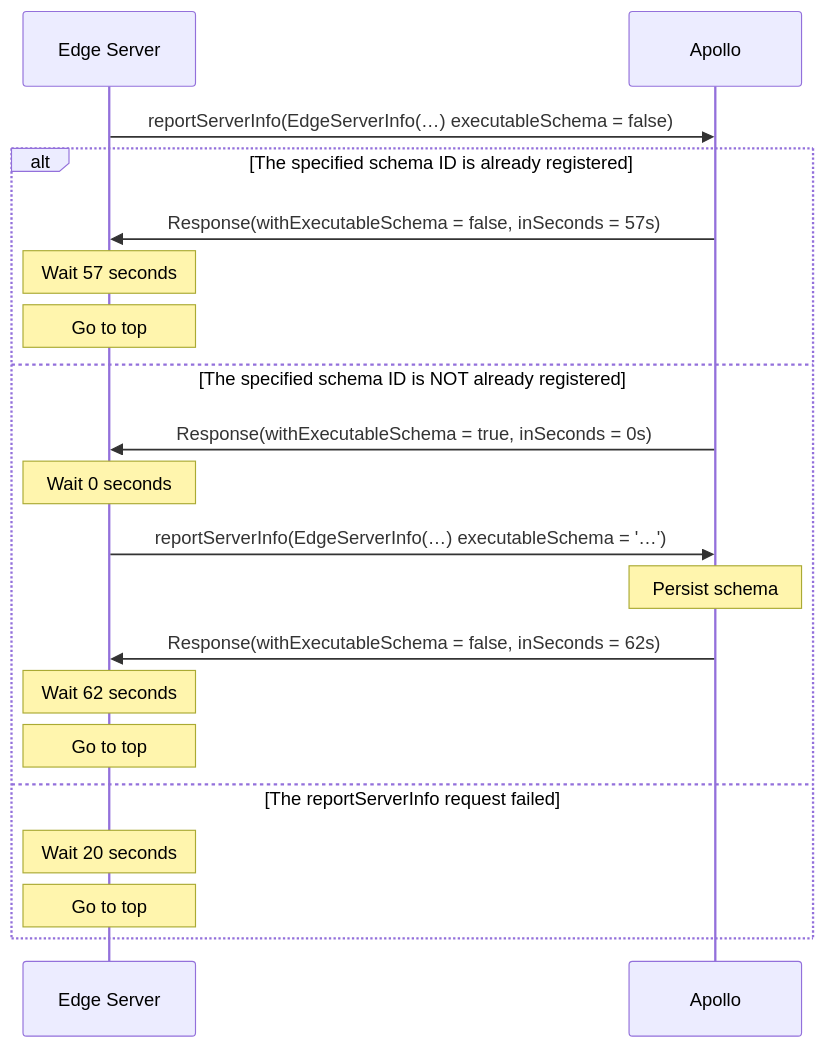
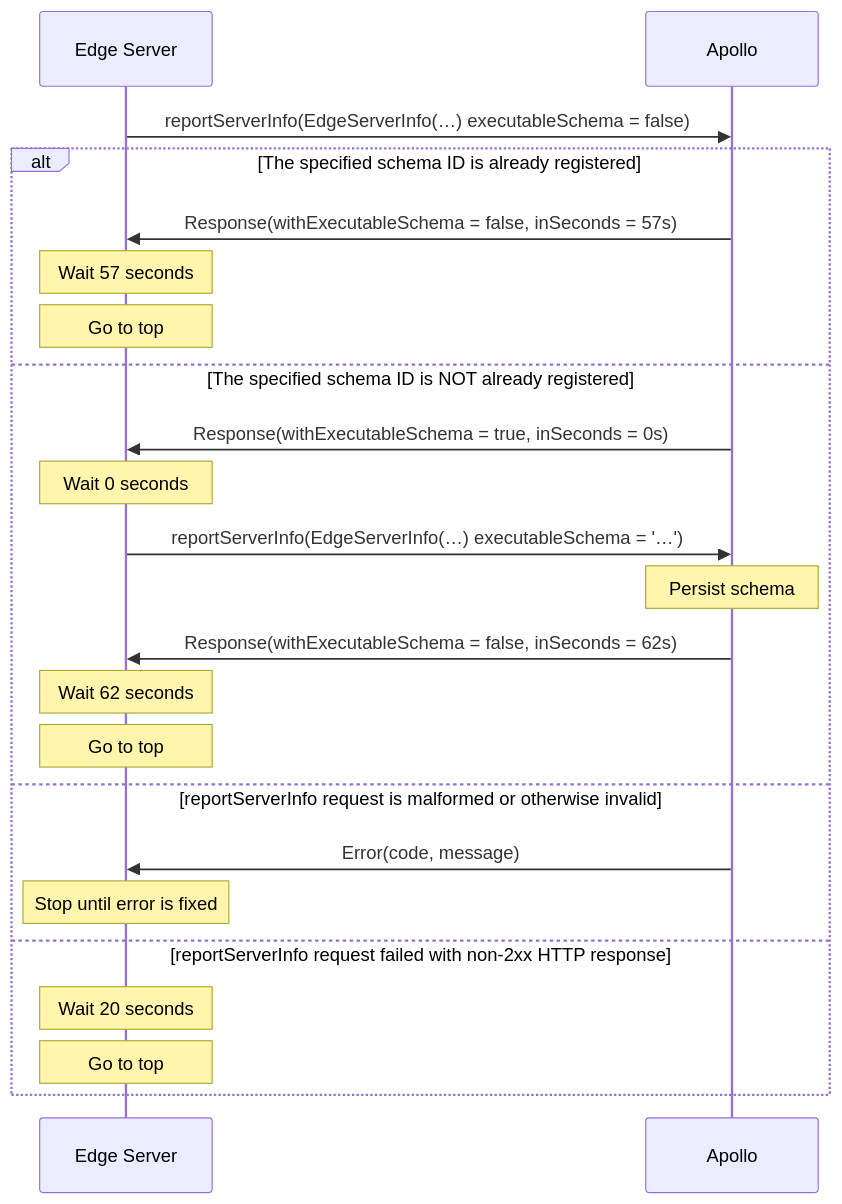
Before and after one commit to apollographql/apollo: the diagram in graph-manager-docs/source/schema-reporting-protocol.mdx, drawn with Mermaid. The commit also changed other lines of this file and 1 other file, not shown here.

````diff
--- a/graph-manager-docs/source/schema-reporting-protocol.mdx
+++ b/graph-manager-docs/source/schema-reporting-protocol.mdx
@@ -31,22 +31,25 @@
 ```mermaid
 sequenceDiagram
     participant Edge Server
     participant Apollo
     Edge Server->>Apollo: reportServerInfo(EdgeServerInfo(…) executableSchema = false)
     alt The specified schema ID is already registered
         Apollo->>Edge Server: Response(withExecutableSchema = false, inSeconds = 57s)
         Note over Edge Server: Wait 57 seconds
         Note over Edge Server: Go to top
     else The specified schema ID is NOT already registered
         Apollo->>Edge Server: Response(withExecutableSchema = true, inSeconds = 0s)
         Note over Edge Server: Wait 0 seconds
         Edge Server->>Apollo: reportServerInfo(EdgeServerInfo(…) executableSchema = '…')
         Note over Apollo: Persist schema
         Apollo->>Edge Server: Response(withExecutableSchema = false, inSeconds = 62s)
         Note over Edge Server: Wait 62 seconds
         Note over Edge Server: Go to top
-    else The reportServerInfo request failed
+    else reportServerInfo request is malformed or otherwise invalid
+        Apollo->>Edge Server: Error(code, message)
+        Note over Edge Server: Stop until error is fixed
+    else reportServerInfo request failed with non-2xx HTTP response
         Note over Edge Server: Wait 20 seconds
         Note over Edge Server: Go to top
     end
 ```
````
